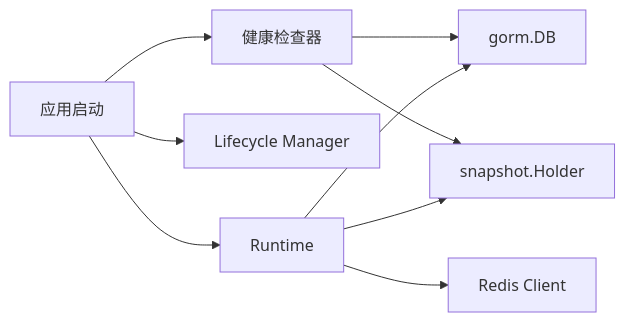
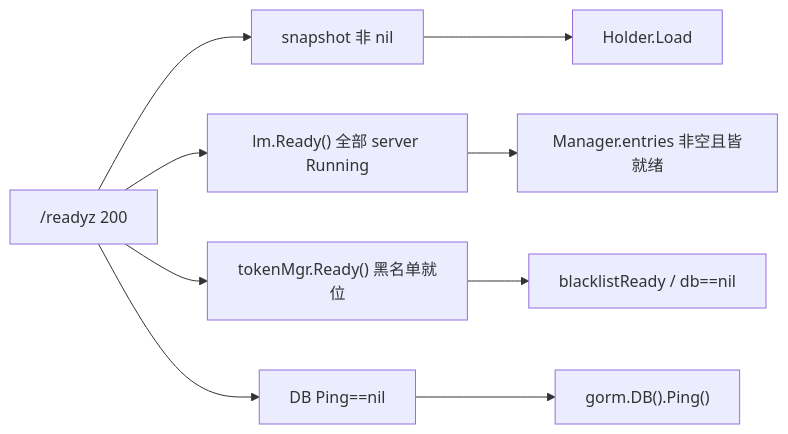
The sixth of 6 diagrams in docs/监控与可观测性/健康检查机制.md (x01n/My-OpenWaf), drawn with Mermaid before and after one commit. The commit also changed other lines of this file and 622 other files, not shown here.

````diff
--- a/docs/监控与可观测性/健康检查机制.md
+++ b/docs/监控与可观测性/健康检查机制.md
@@ -345,11 +287,11 @@
 ```mermaid
 graph LR
-Health["健康检查器"] --> DB["gorm.DB"]
-Health --> Holder["snapshot.Holder"]
-App["应用启动"] --> Health
-App --> LM["Lifecycle Manager"]
-App --> RT["Runtime"]
-RT --> DB
-RT --> RDS["Redis Client"]
-RT --> Holder
+RDY["/readyz 200"] --> SNAPOK["snapshot 非 nil"]
+RDY --> LMRDY["lm.Ready() 全部 server Running"]
+RDY --> TMRDY["tokenMgr.Ready() 黑名单就位"]
+RDY --> PING["DB Ping==nil"]
+SNAPOK --> Hold["Holder.Load"]
+LMRDY --> Entries["Manager.entries 非空且皆就绪"]
+TMRDY --> BL["blacklistReady / db==nil"]
+PING --> SQLDB["gorm.DB().Ping()"]
 ```
````
